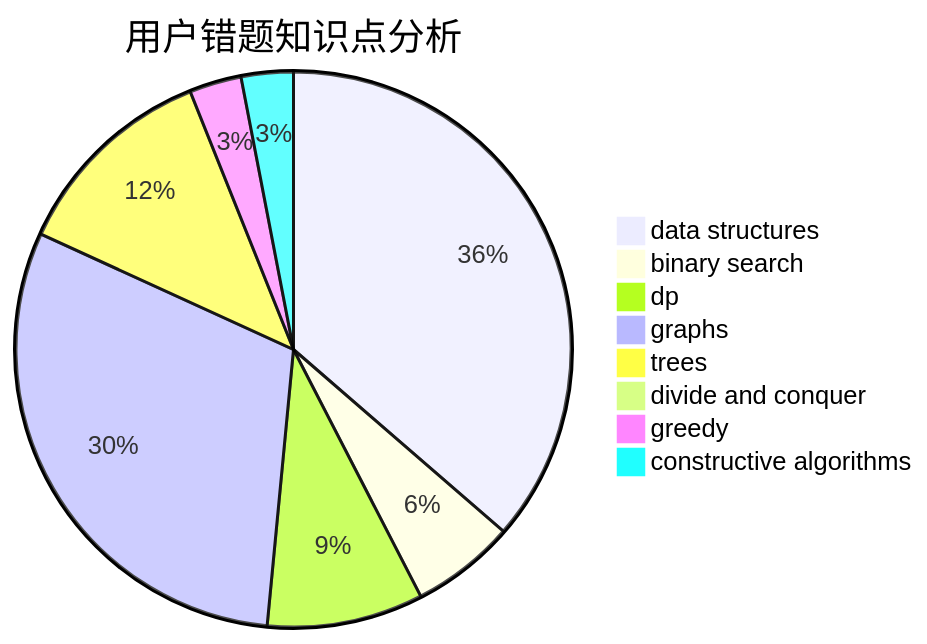
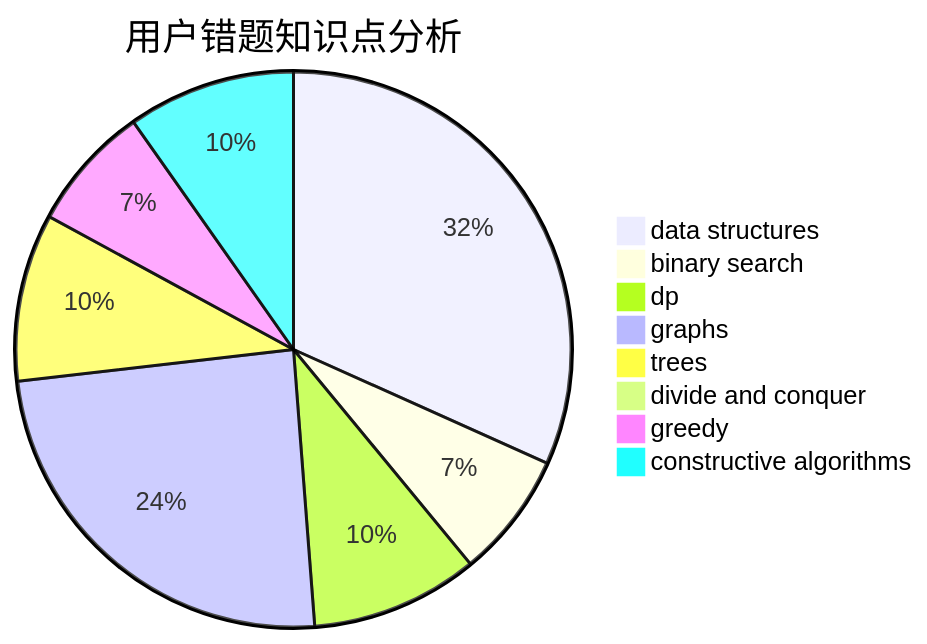
Before and after one commit to sherpahu/cfrs.github.io: the third of 3 diagrams in docs/user/u2562.md, drawn with Mermaid. The commit also changed other lines of this file and 2770 other files, not shown here.

````diff
--- a/docs/user/u2562.md
+++ b/docs/user/u2562.md
@@ -36,11 +36,11 @@
 ```mermaid
 pie title 用户错题知识点分析
-    "data structures" :  12
-    "binary search" :  2
-    "dp" :  3
+    "data structures" :  13
+    "binary search" :  3
+    "dp" :  4
     "graphs" :  10
     "trees" :  4
     "divide and conquer" :  0
-    "greedy" :  1
-    "constructive algorithms" :  1
+    "greedy" :  3
+    "constructive algorithms" :  4
 ```
````
